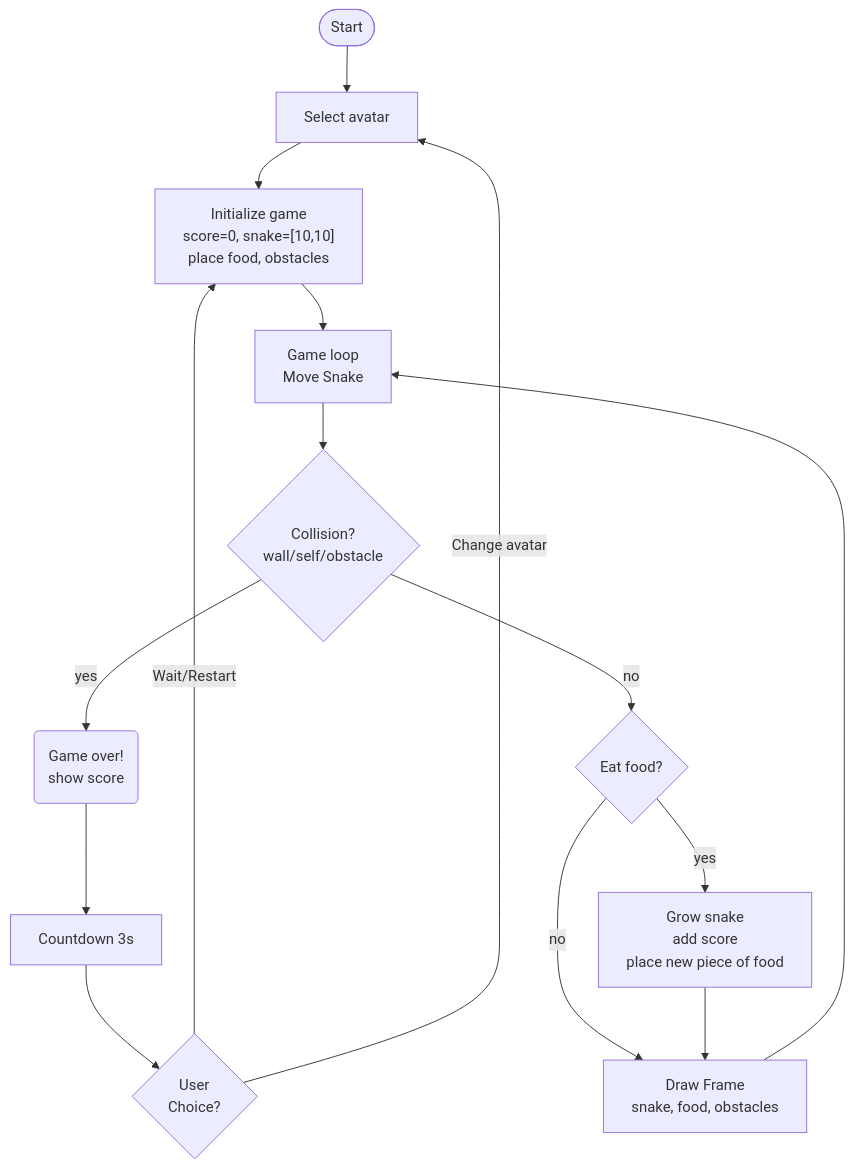
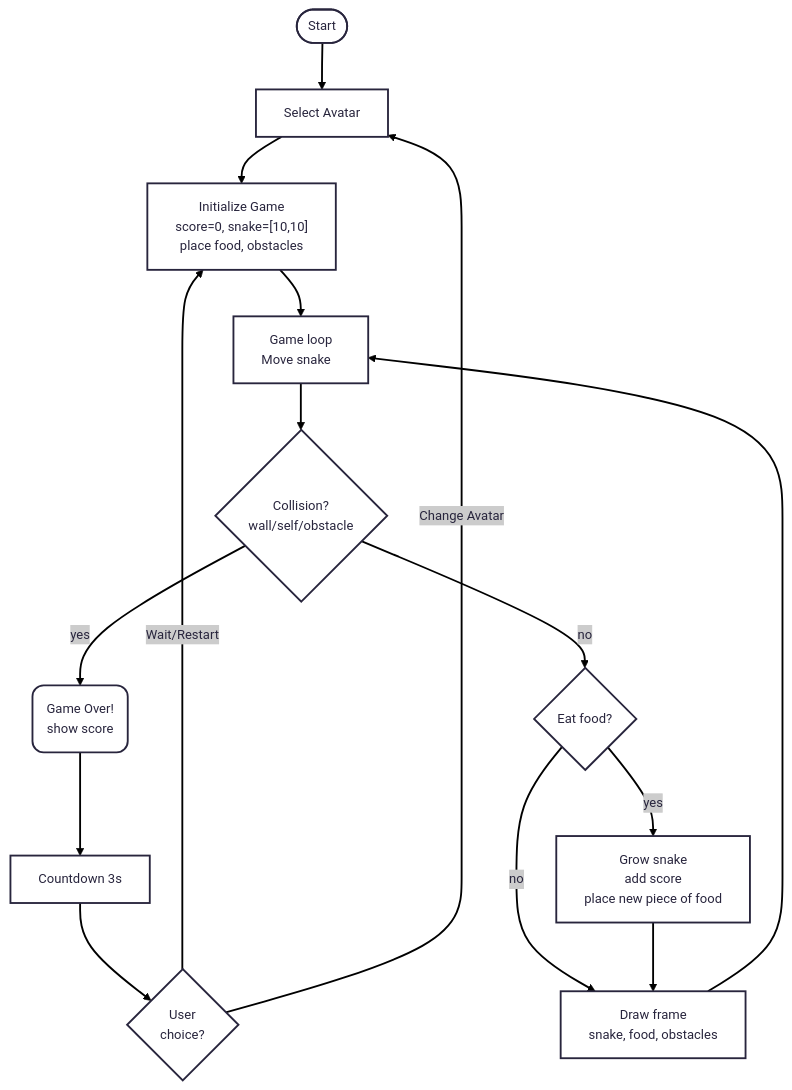
Before and after one commit to walterdn03/MAInD-Creative-Coding-Foundations-2025: the diagram in assignments/assignments 02/README.md, drawn with Mermaid. The commit also changed other lines of this file, not shown here.

Commit message:
Final delivery

````diff
--- a/assignments/assignments 02/README.md
+++ b/assignments/assignments 02/README.md
@@ -40,24 +40,23 @@
 ```mermaid
 ---
 config:
-theme: redux
-layout: dagre
+  theme: redux
+  layout: dagre
 ---
 flowchart TB
-Start(["Start"]) --> SelectAvatar["Select avatar"]
-SelectAvatar --> InitGame["Initialize game<br>score=0, snake=[10,10]<br>place food, obstacles"]
-InitGame --> GameLoop["Game loop<br>Move Snake"]
-GameLoop --> Collision{"Collision?<br>wall/self/obstacle"}
-Collision -- yes --> GameOver["Game over!<br>show score"]
-Collision -- no --> FoodCheck{"Eat food?"}
-FoodCheck -- yes --> GrowSnake["Grow snake<br>add score<br>place new piece of food"]
-FoodCheck -- no --> Draw["Draw Frame<br>snake, food, obstacles"]
-GrowSnake --> Draw
-Draw --> GameLoop
-GameOver --> Countdown["Countdown 3s"]
-Countdown --> UserChoice{"User <br>Choice?"}
-UserChoice -- Wait/Restart --> InitGame
-UserChoice -- Change avatar --> SelectAvatar
-GameOver@{ shape: rounded}
-
+    Start(["Start"]) --> SelectAvatar["Select Avatar"]
+    SelectAvatar --> InitGame["Initialize Game<br>score=0, snake=[10,10]<br>place food, obstacles"]
+    InitGame --> GameLoop["Game loop<br>Move snake⠀"]
+    GameLoop --> Collision{"Collision?<br>wall/self/obstacle"}
+    Collision -- yes --> GameOver["Game Over!<br>show score"]
+    Collision -- no --> FoodCheck{"Eat food?"}
+    FoodCheck -- yes --> GrowSnake["Grow snake<br>add score<br>place new piece of food"]
+    FoodCheck -- no --> Draw["Draw frame<br>snake, food, obstacles"]
+    GrowSnake --> Draw
+    Draw --> GameLoop
+    GameOver --> Countdown["Countdown 3s"]
+    Countdown --> UserChoice{"User <br>choice?"}
+    UserChoice -- Wait/Restart --> InitGame
+    UserChoice -- Change Avatar --> SelectAvatar
+    GameOver@{ shape: rounded}
 ```
````
